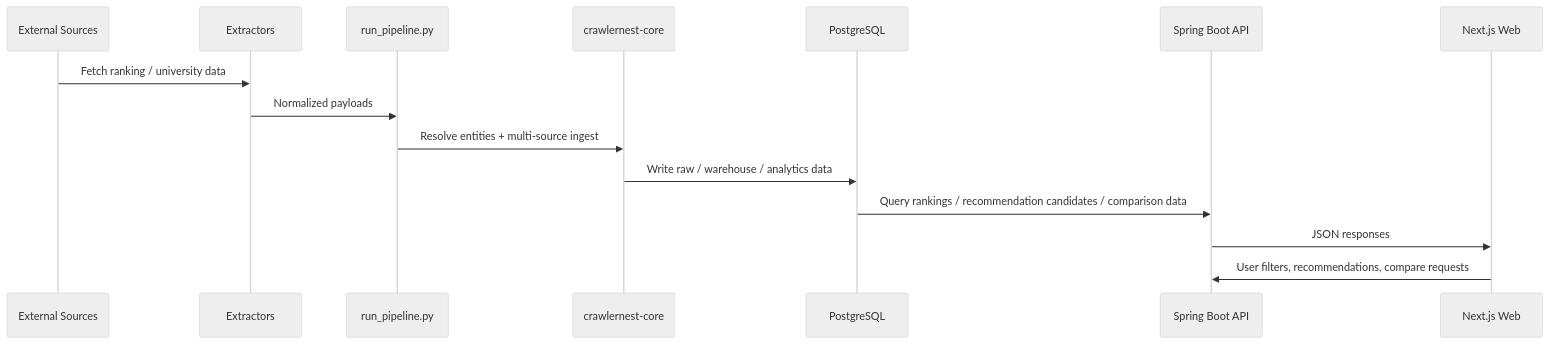
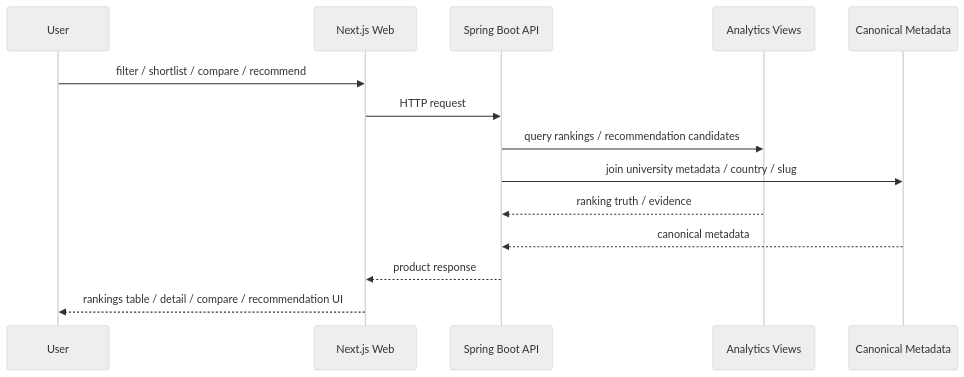
One commit to heinricitorgau/CrawlerNest changed the seventh of 10 diagrams in docs/REPO_STRUCTURE.md. Above: the diagram before and after it, drawn with Mermaid (neutral theme). The commit also changed other lines of this file, not shown here.

````diff
--- a/docs/REPO_STRUCTURE.md
+++ b/docs/REPO_STRUCTURE.md
@@ -175,18 +253,17 @@
 ```mermaid
 sequenceDiagram
-    participant SRC as External Sources
-    participant EXT as Extractors
-    participant PIPE as run_pipeline.py
-    participant CORE as crawlernest-core
-    participant DB as PostgreSQL
-    participant API as Spring Boot API
-    participant WEB as Next.js Web
+    participant U as User
+    participant W as Next.js Web
+    participant A as Spring Boot API
+    participant X as Analytics Views
+    participant C as Canonical Metadata
 
-    SRC->>EXT: Fetch ranking / university data
-    EXT->>PIPE: Normalized payloads
-    PIPE->>CORE: Resolve entities + multi-source ingest
-    CORE->>DB: Write raw / warehouse / analytics data
-    DB->>API: Query rankings / recommendation candidates / comparison data
-    API->>WEB: JSON responses
-    WEB->>API: User filters, recommendations, compare requests
+    U->>W: filter / shortlist / compare / recommend
+    W->>A: HTTP request
+    A->>X: query rankings / recommendation candidates
+    A->>C: join university metadata / country / slug
+    X-->>A: ranking truth / evidence
+    C-->>A: canonical metadata
+    A-->>W: product response
+    W-->>U: rankings table / detail / compare / recommendation UI
 ```
````
